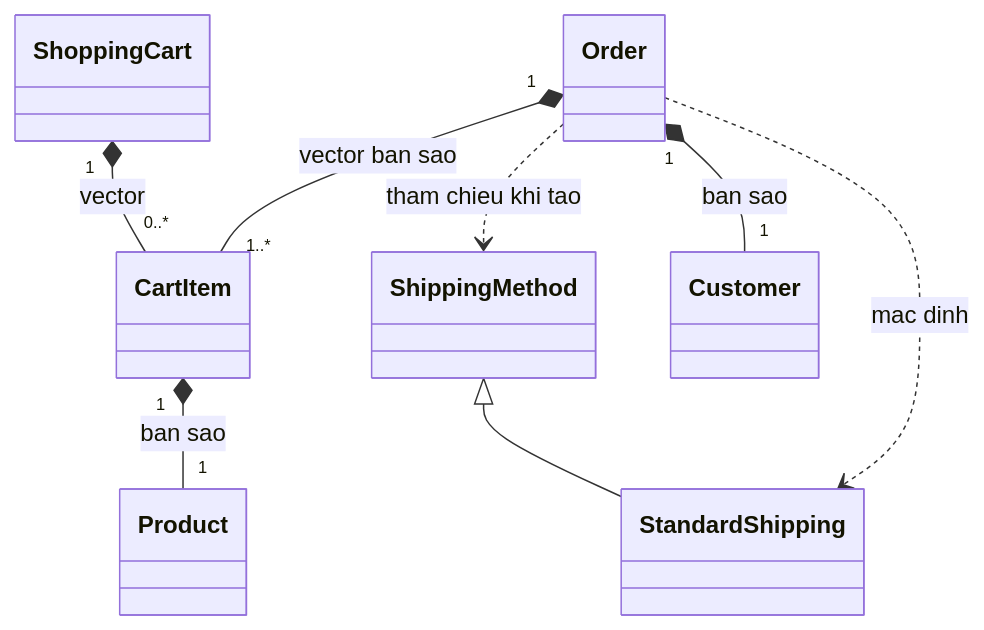
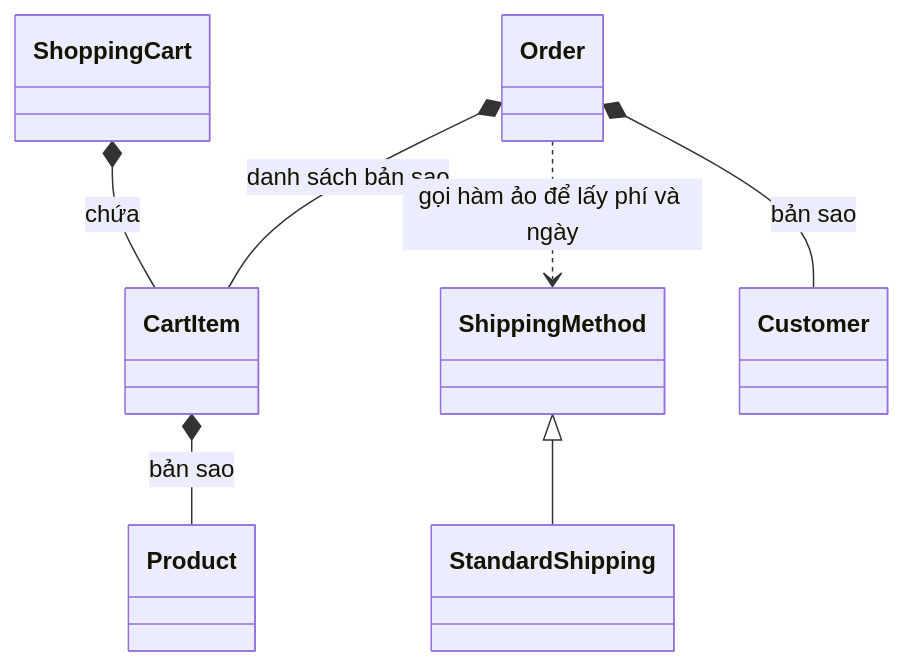
One commit to lamdhs-coder/minishop changed the diagram in docs/ON_TAP_OOP.md. Above: the diagram before and after it, drawn with Mermaid. The commit also changed other lines of this file and 10 other files, not shown here.

````diff
--- a/docs/ON_TAP_OOP.md
+++ b/docs/ON_TAP_OOP.md
@@ -106,10 +91,9 @@
 ```mermaid
 classDiagram
     ShippingMethod <|-- StandardShipping
-    CartItem "1" *-- "1" Product : ban sao
-    ShoppingCart "1" *-- "0..*" CartItem : vector
-    Order "1" *-- "1" Customer : ban sao
-    Order "1" *-- "1..*" CartItem : vector ban sao
-    Order ..> ShippingMethod : tham chieu khi tao
-    Order ..> StandardShipping : mac dinh
+    ShoppingCart *-- CartItem : chứa
+    CartItem *-- Product : bản sao
+    Order *-- Customer : bản sao
+    Order *-- CartItem : danh sách bản sao
+    Order ..> ShippingMethod : gọi hàm ảo để lấy phí và ngày
 ```
````
